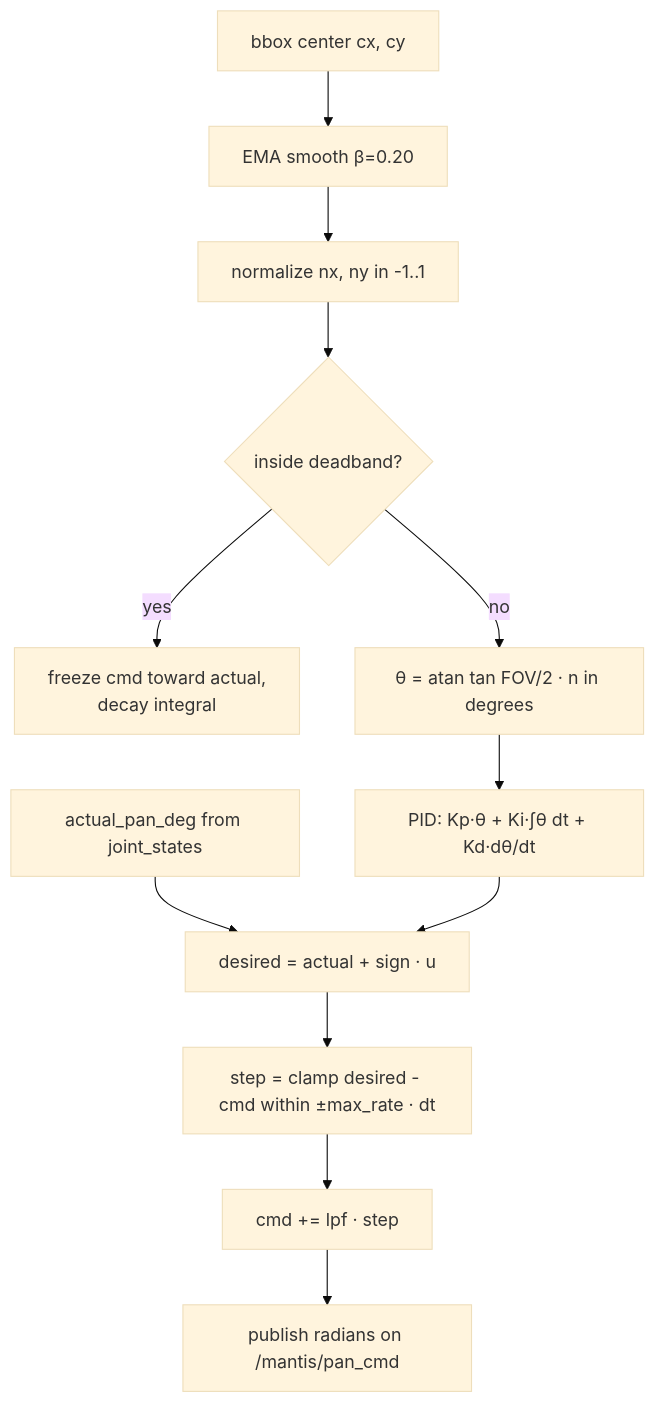
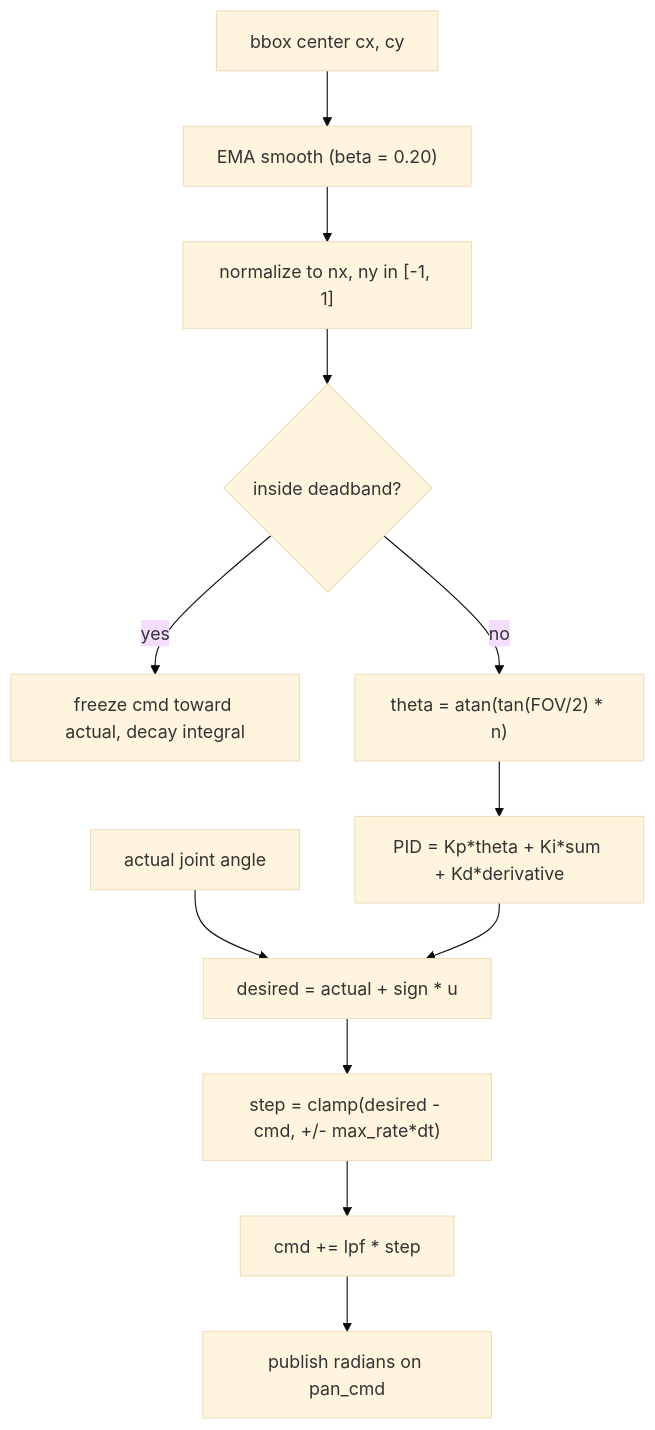
Before and after one commit to SanjaySparker27/mantis_painter: the second of 2 diagrams in README.md, drawn with Mermaid (base theme). The commit also changed other lines of this file and 1 other file, not shown here.

````diff
--- a/README.md
+++ b/README.md
@@ -102,14 +103,14 @@
 ```mermaid
 flowchart TB
-  A[bbox center cx, cy] --> B[EMA smooth β=0.20]
-  B --> C[normalize nx, ny in -1..1]
-  C --> D{inside deadband?}
-  D -- yes --> E[freeze cmd toward actual,\ndecay integral]
-  D -- no --> F[θ = atan tan FOV/2 · n in degrees]
-  F --> G[PID: Kp·θ + Ki·∫θ dt + Kd·dθ/dt]
-  JS2[actual_pan_deg from joint_states] --> H
-  G --> H[desired = actual + sign · u]
-  H --> I[step = clamp desired - cmd within ±max_rate · dt]
-  I --> J[cmd += lpf · step]
-  J --> K[publish radians on /mantis/pan_cmd]
+  A["bbox center cx, cy"] --> B["EMA smooth (beta = 0.20)"]
+  B --> C["normalize to nx, ny in [-1, 1]"]
+  C --> D{"inside deadband?"}
+  D -- "yes" --> E["freeze cmd toward actual, decay integral"]
+  D -- "no" --> F["theta = atan(tan(FOV/2) * n)"]
+  F --> G["PID = Kp*theta + Ki*sum + Kd*derivative"]
+  JS2["actual joint angle"] --> H
+  G --> H["desired = actual + sign * u"]
+  H --> I["step = clamp(desired - cmd, +/- max_rate*dt)"]
+  I --> J["cmd += lpf * step"]
+  J --> K["publish radians on pan_cmd"]
 ```
````
